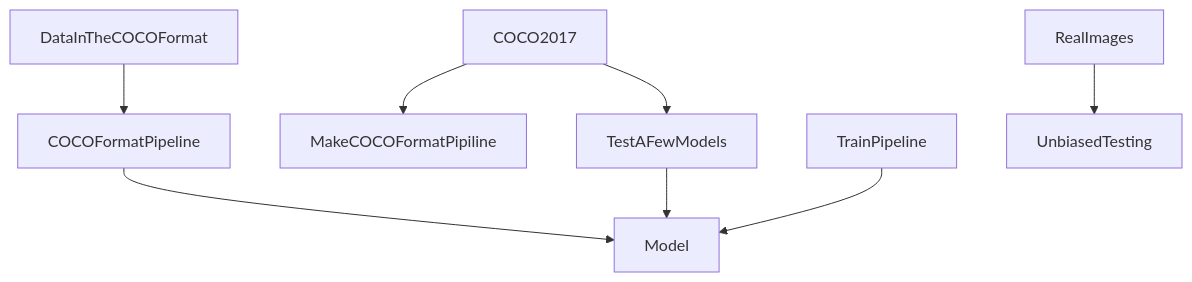
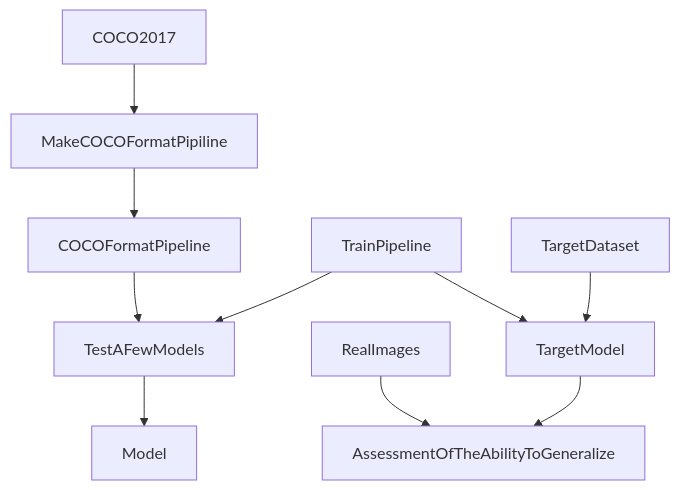
The fourth of 4 diagrams in ReadMe.md (RepnikovPavel/FurnitureDetection), drawn with Mermaid before and after one commit. The commit also changed other lines of this file, not shown here.

````diff
--- a/ReadMe.md
+++ b/ReadMe.md
@@ -80,11 +82,12 @@
 ```mermaid
 graph TD
 
-COCO2017 --> TestAFewModels
 COCO2017 --> MakeCOCOFormatPipiline
-DataInTheCOCOFormat --> COCOFormatPipeline
-COCOFormatPipeline --> Model
-TestAFewModels -->Model
-TrainPipeline --> Model
-RealImages --> UnbiasedTesting
+MakeCOCOFormatPipiline --> COCOFormatPipeline 
+COCOFormatPipeline --> TestAFewModels
+TrainPipeline --> TestAFewModels -->Model
+TrainPipeline --> TargetModel
+TargetDataset --> TargetModel
+RealImages --> AssessmentOfTheAbilityToGeneralize
+TargetModel --> AssessmentOfTheAbilityToGeneralize
 ```
````
